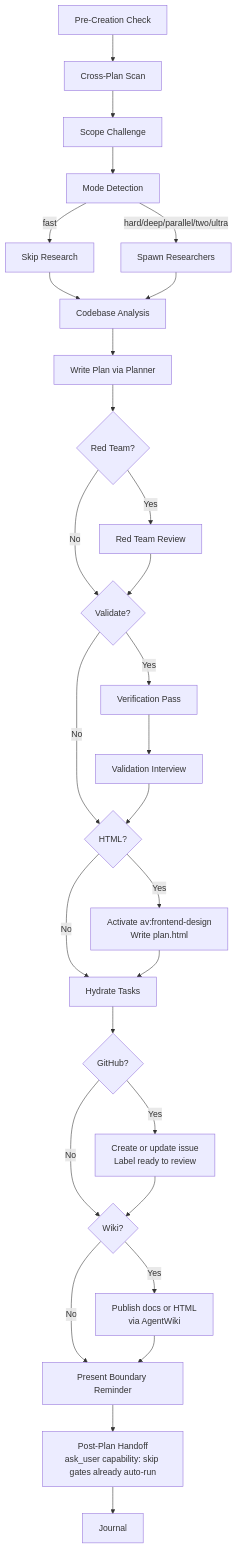
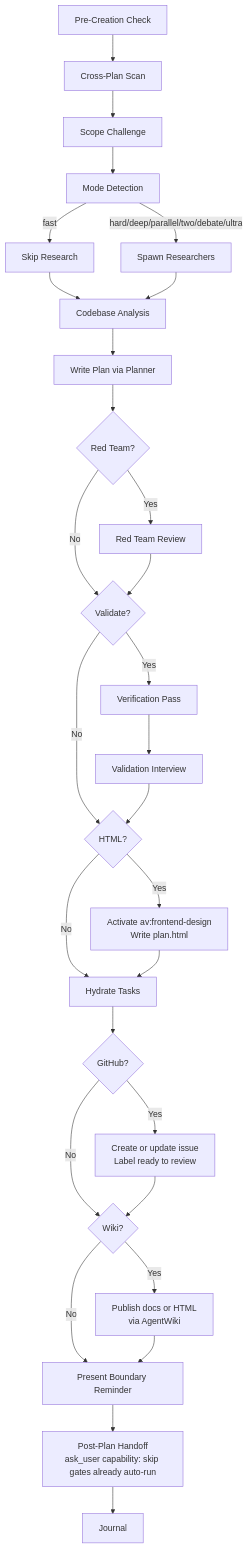
Before and after one commit to bavanchun/ariadnev-kit: the diagram in kit/skills/plan/SKILL.md, drawn with Mermaid. The commit also changed other lines of this file and 4 other files, not shown here.

````diff
--- a/kit/skills/plan/SKILL.md
+++ b/kit/skills/plan/SKILL.md
@@ -104,31 +122,31 @@
 ```mermaid
 flowchart TD
     A[Pre-Creation Check] --> B[Cross-Plan Scan]
     B --> C[Scope Challenge]
     C --> D[Mode Detection]
     D -->|fast| E[Skip Research]
-    D -->|hard/deep/parallel/two/ultra| F[Spawn Researchers]
+    D -->|hard/deep/parallel/two/debate/ultra| F[Spawn Researchers]
     E --> G[Codebase Analysis]
     F --> G
     G --> H[Write Plan via Planner]
     H --> I{Red Team?}
     I -->|Yes| J[Red Team Review]
     I -->|No| K{Validate?}
     J --> K
     K -->|Yes| V[Verification Pass]
     K -->|No| X{HTML?}
     V --> L[Validation Interview]
     L --> X
     X -->|Yes| Y[Activate av:frontend-design<br/>Write plan.html]
     X -->|No| M[Hydrate Tasks]
     Y --> M
     M --> Q{GitHub?}
     Q -->|Yes| R[Create or update issue<br/>Label ready to review]
     Q -->|No| W{Wiki?}
     R --> W
     W -->|Yes| S[Publish docs or HTML<br/>via AgentWiki]
     W -->|No| N[Present Boundary Reminder]
     S --> N
     N --> P[Post-Plan Handoff<br/>ask_user capability: skip gates already auto-run]
     P --> O[Journal]
 ```
````
